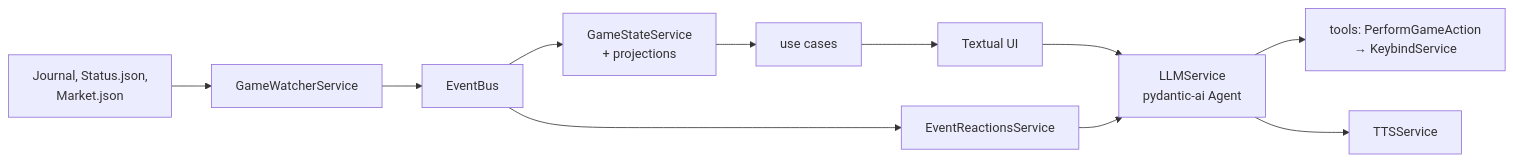
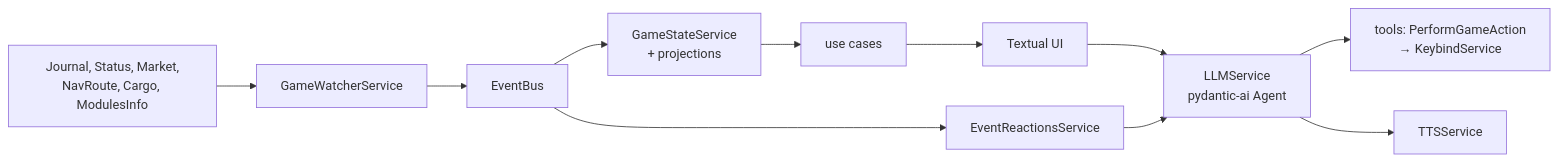
One commit to IqSantiagow/EDCeleste changed the diagram in CONTRIBUTING.md. Above: the diagram before and after it, drawn with Mermaid. The commit also changed other lines of this file and 24 other files, not shown here.

Commit message:
Celeste knows the route, cargo and modules from NavRoute, Cargo and ModulesInfo (#121)

````diff
--- a/CONTRIBUTING.md
+++ b/CONTRIBUTING.md
@@ -26,13 +26,13 @@
 ```mermaid
 flowchart LR
-    Files["Journal, Status.json,<br/>Market.json"] --> Watcher["GameWatcherService"]
+    Files["Journal, Status, Market,<br/>NavRoute, Cargo, ModulesInfo"] --> Watcher["GameWatcherService"]
     Watcher --> Bus["EventBus"]
     Bus --> State["GameStateService<br/>+ projections"]
     Bus --> Reactions["EventReactionsService"]
     State --> UseCases["use cases"]
     UseCases --> UI["Textual UI"]
     UI --> LLM["LLMService<br/>pydantic-ai Agent"]
     Reactions --> LLM
     LLM --> Tools["tools: PerformGameAction<br/>→ KeybindService"]
     LLM --> TTS["TTSService"]
 ```
````
